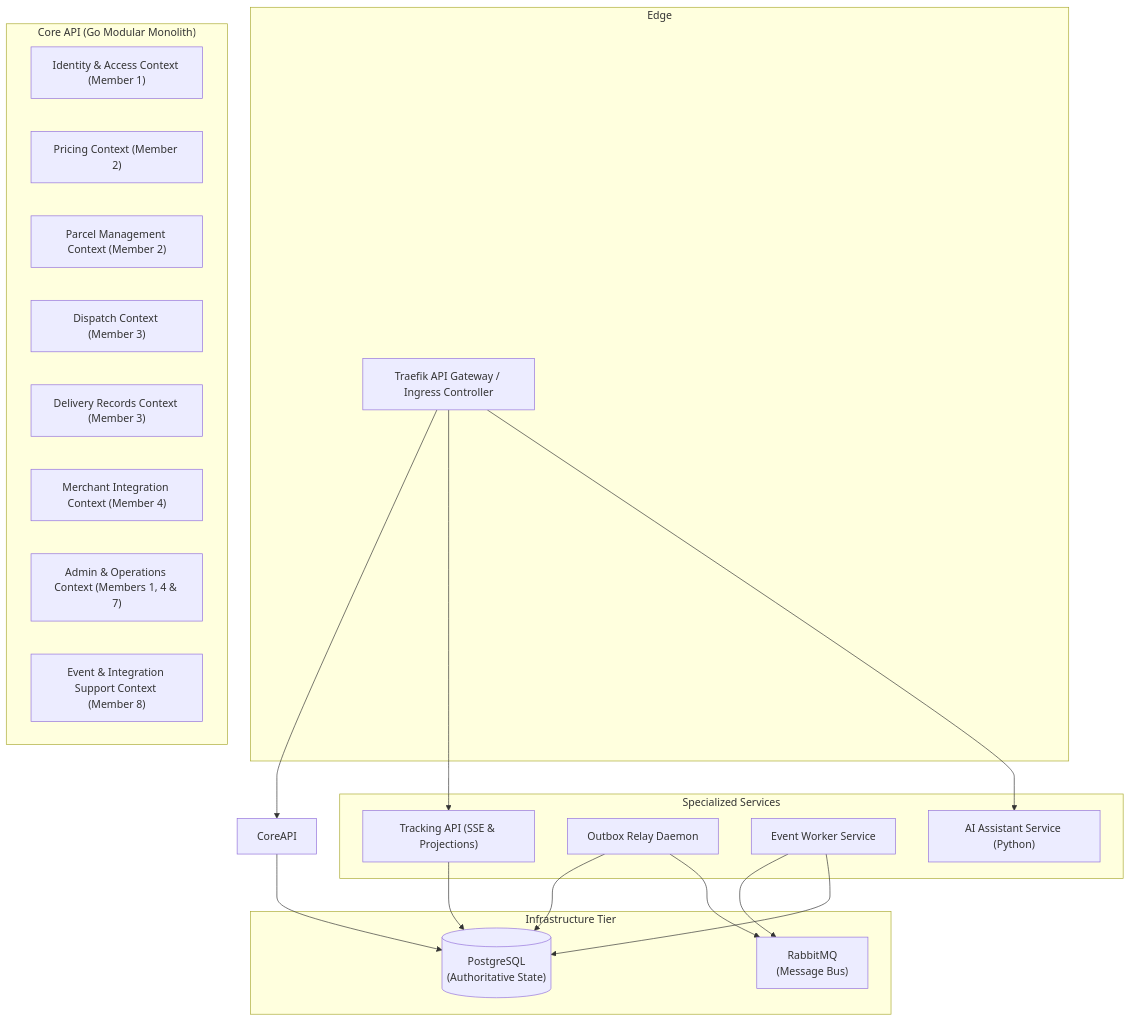
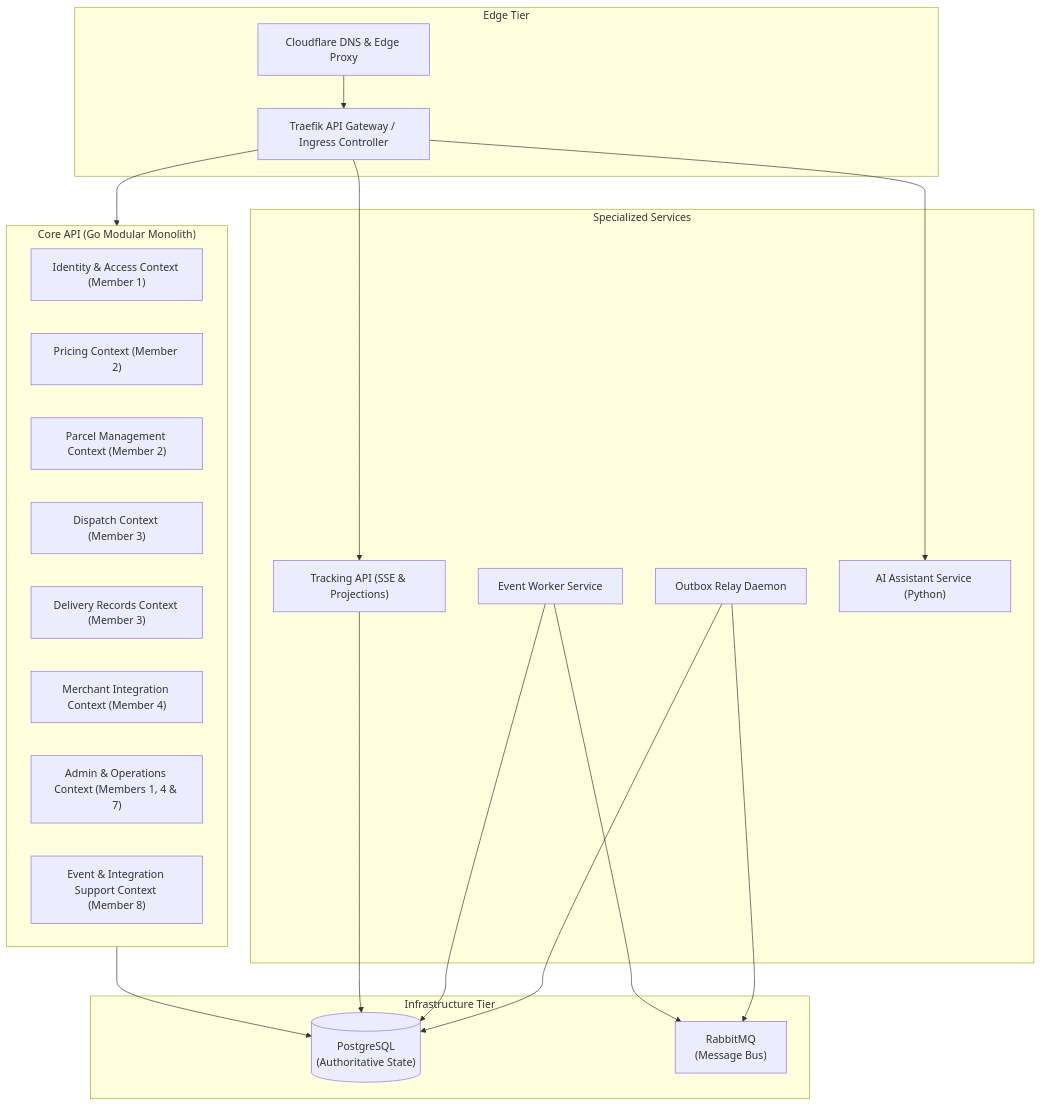
Before and after one commit to Prashani-beep/SwiftDrop: the first of 2 diagrams in docs/architecture/domain-boundaries.md, drawn with Mermaid. The commit also changed other lines of this file and 6 other files, not shown here.

First line of the commit message:
feat(infra): establish Kubernetes & hosting architecture baseline (ADR-002) and Cloudflare edge integration

````diff
--- a/docs/architecture/domain-boundaries.md
+++ b/docs/architecture/domain-boundaries.md
@@ -19,40 +19,42 @@
 ```mermaid
 graph TD
-    subgraph Edge
+    subgraph Edge ["Edge Tier"]
+        CF["Cloudflare DNS & Edge Proxy"]
         GW["Traefik API Gateway / Ingress Controller"]
+        CF --> GW
     end
 
-    subgraph "Core API (Go Modular Monolith)"
+    subgraph CoreAPI ["Core API (Go Modular Monolith)"]
         IAM["Identity & Access Context (Member 1)"]
         PRC["Pricing Context (Member 2)"]
         PAR["Parcel Management Context (Member 2)"]
         DSP["Dispatch Context (Member 3)"]
         DEL["Delivery Records Context (Member 3)"]
         MRC["Merchant Integration Context (Member 4)"]
         ADM["Admin & Operations Context (Members 1, 4 & 7)"]
         EVT["Event & Integration Support Context (Member 8)"]
     end
 
     subgraph "Specialized Services"
         TRK["Tracking API (SSE & Projections)"]
         OBR["Outbox Relay Daemon"]
         WKR["Event Worker Service"]
         AIA["AI Assistant Service (Python)"]
     end
 
     subgraph "Infrastructure Tier"
         PG[("PostgreSQL\n(Authoritative State)")]
         MQ["RabbitMQ\n(Message Bus)"]
     end
 
     GW --> CoreAPI
     GW --> TRK
     GW --> AIA
 
     CoreAPI --> PG
     OBR --> PG
     OBR --> MQ
     WKR --> MQ
     WKR --> PG
     TRK --> PG
 ```
````
